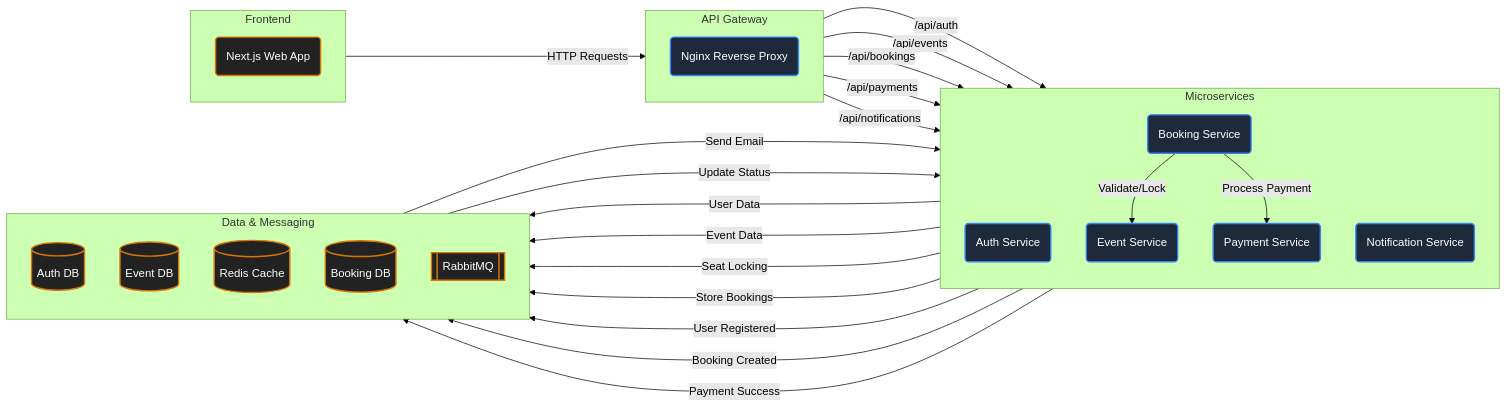
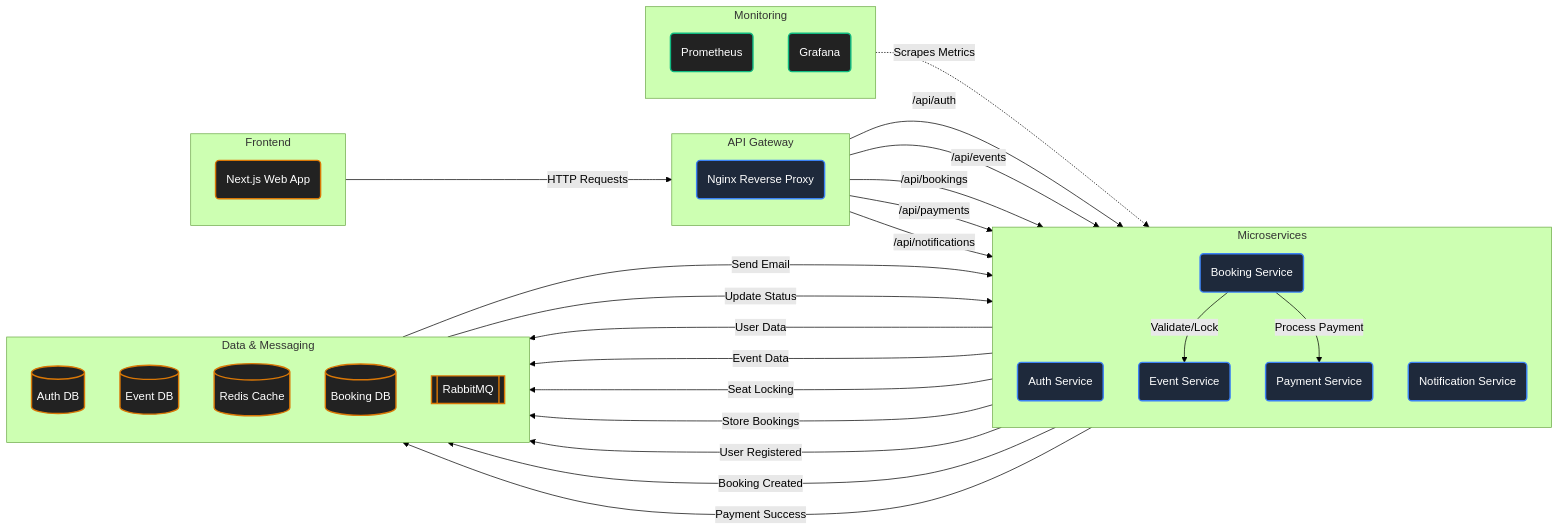
One commit to Antiaastu/distributed-event-ticketing changed the diagram in README.md. Above: the diagram before and after it, drawn with Mermaid (forest theme). The commit also changed other lines of this file and 1 other file, not shown here.

First line of the commit message:
feat(monitoring): add prometheus and grafana monitoring stack

````diff
--- a/README.md
+++ b/README.md
@@ -19,69 +19,80 @@
 ```mermaid
 graph LR
     %% Styles matching the reference image
     classDef frontend fill:#222,stroke:#d97706,stroke-width:2px,color:#fff,rx:5,ry:5;
     classDef service fill:#1e293b,stroke:#3b82f6,stroke-width:2px,color:#fff,rx:5,ry:5;
     classDef database fill:#222,stroke:#d97706,stroke-width:2px,color:#fff,rx:5,ry:5;
     classDef messaging fill:#222,stroke:#d97706,stroke-width:2px,color:#fff,rx:5,ry:5;
+    classDef monitoring fill:#222,stroke:#10b981,stroke-width:2px,color:#fff,rx:5,ry:5;
 
     %% Left Column: Frontend
     subgraph Frontend_Group [Frontend]
         direction TB
         NextJS(Next.js Web App):::frontend
     end
 
     %% API Gateway
     subgraph Gateway_Group [API Gateway]
         direction TB
         Nginx(Nginx Reverse Proxy):::service
+    end
+
+    %% Monitoring
+    subgraph Monitoring_Group [Monitoring]
+        direction TB
+        Prometheus(Prometheus):::monitoring
+        Grafana(Grafana):::monitoring
     end
 
     %% Middle Column: Microservices (Ordered to minimize crossing)
     subgraph Services_Group [Microservices]
         direction TB
         Auth(Auth Service):::service
         Event(Event Service):::service
         Booking(Booking Service):::service
         Payment(Payment Service):::service
         Notif(Notification Service):::service
     end
 
     %% Right Column: Databases & Messaging (Aligned with Services)
     subgraph Data_Group [Data & Messaging]
         direction TB
         AuthDB[(Auth DB)]:::database
         EventDB[(Event DB)]:::database
         Redis[(Redis Cache)]:::database
         BookingDB[(Booking DB)]:::database
         RabbitMQ[[RabbitMQ]]:::messaging
     end
 
     %% Connections: Frontend -> Gateway
     NextJS -->|HTTP Requests| Nginx
 
     %% Connections: Gateway -> Services
     Nginx -->|/api/auth| Auth
     Nginx -->|/api/events| Event
     Nginx -->|/api/bookings| Booking
     Nginx -->|/api/payments| Payment
     Nginx -->|/api/notifications| Notif
 
     %% Connections: Services -> Databases (Horizontal)
     Auth -->|User Data| AuthDB
     Event -->|Event Data| EventDB
     Event -->|Seat Locking| Redis
     Booking -->|Store Bookings| BookingDB
 
     %% Connections: Inter-service (Vertical)
     Booking -->|Validate/Lock| Event
     Booking -->|Process Payment| Payment
 
     %% Connections: Messaging (Fan-in/Fan-out)
     Auth -->|User Registered| RabbitMQ
     Booking -->|Booking Created| RabbitMQ
     Payment -->|Payment Success| RabbitMQ
     
     %% Increased length to avoid overlap
     RabbitMQ --->|Send Email| Notif
     RabbitMQ -->|Update Status| Booking
+
+    %% Monitoring Connection
+    Prometheus -.->|Scrapes Metrics| Auth
 ```
````
